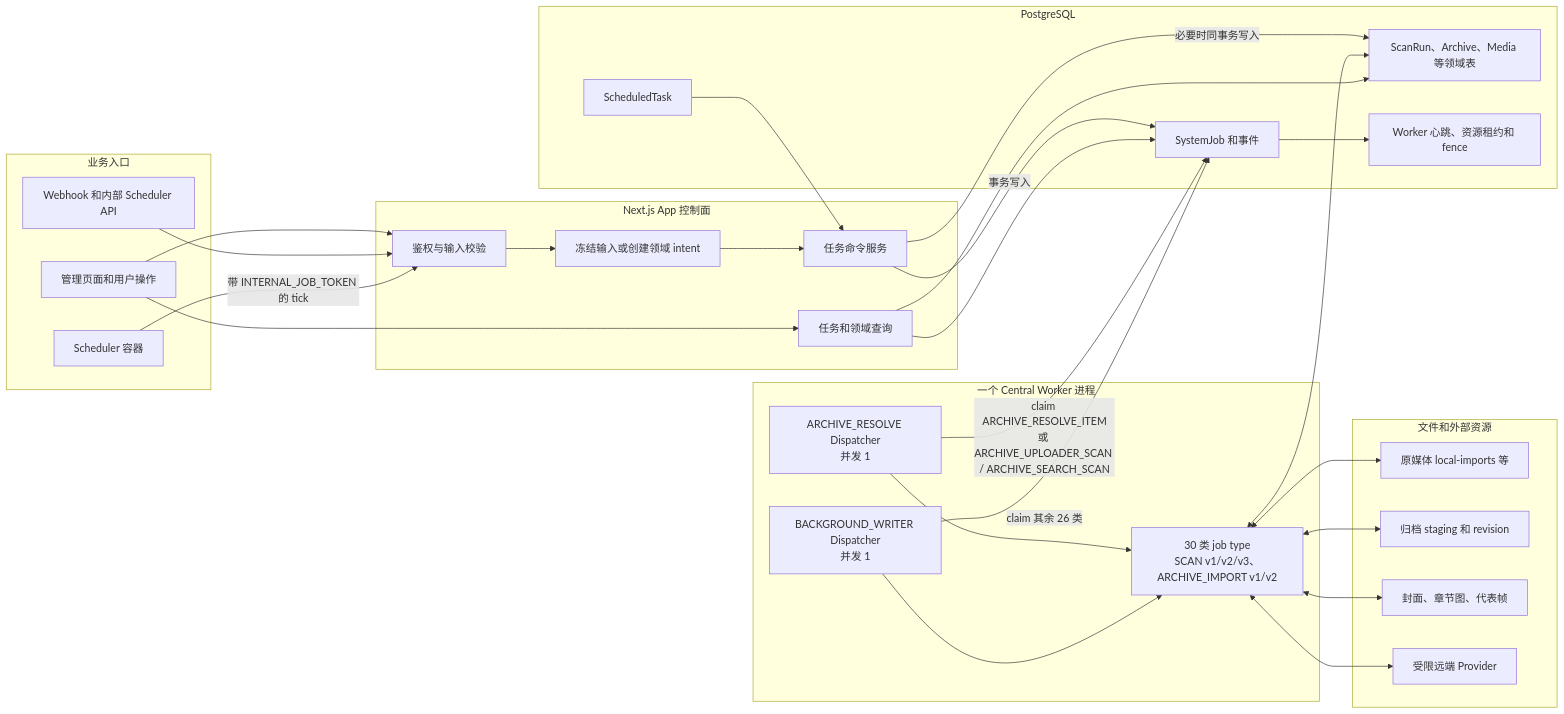
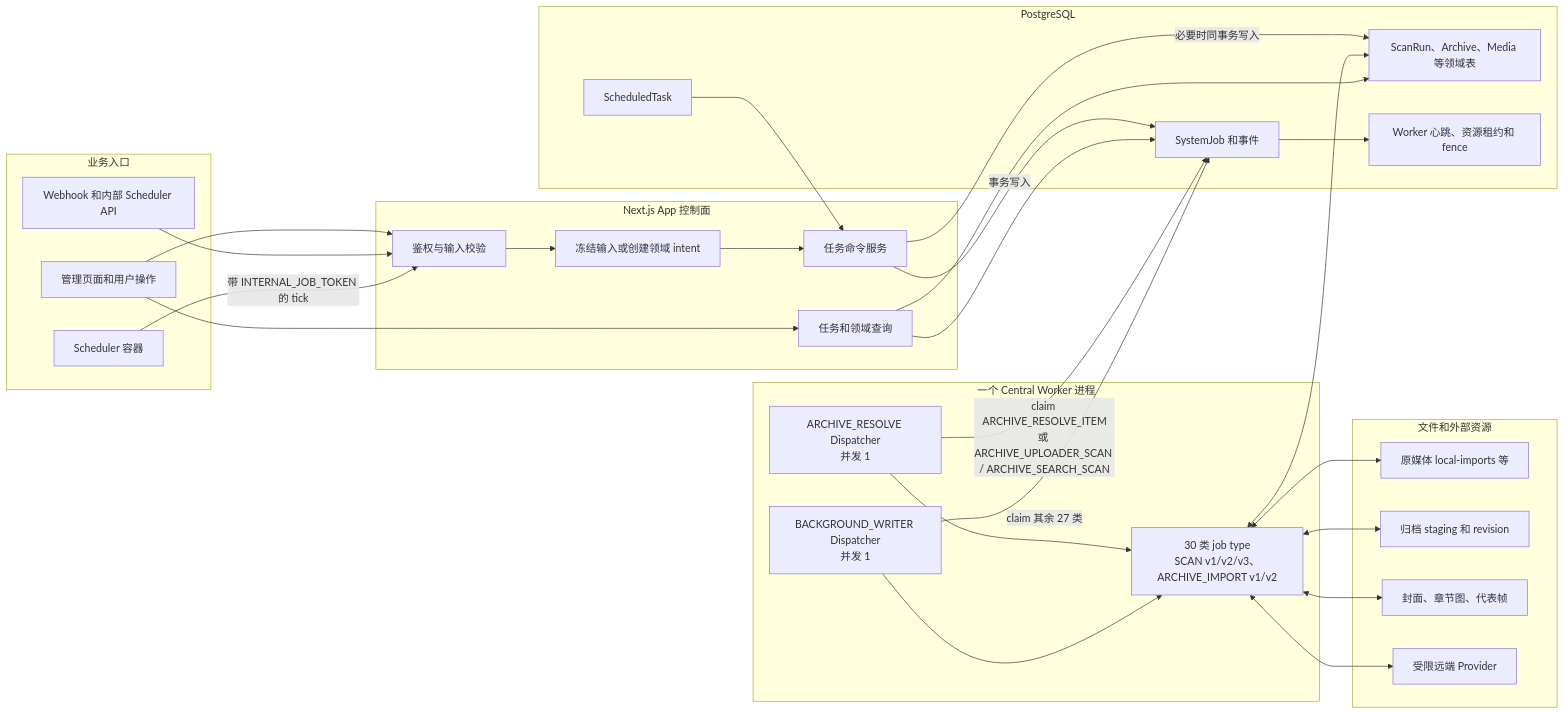
One commit to namehu/PixiShelf changed the first of 12 diagrams in docs/architecture/background-job-business-flows.md. Above: the diagram before and after it, drawn with Mermaid. The commit also changed other lines of this file and 43 other files, not shown here.

````diff
--- a/docs/architecture/background-job-business-flows.md
+++ b/docs/architecture/background-job-business-flows.md
@@ -50,56 +50,56 @@
 ```mermaid
 flowchart LR
   subgraph Entry[业务入口]
     UI[管理页面和用户操作]
     API[Webhook 和内部 Scheduler API]
     SCH[Scheduler 容器]
   end
 
   subgraph App[Next.js App 控制面]
     AUTH[鉴权与输入校验]
     SNAP[冻结输入或创建领域 intent]
     CMD[任务命令服务]
     READ[任务和领域查询]
   end
 
   subgraph DB[PostgreSQL]
     TASK[ScheduledTask]
     JOB[SystemJob 和事件]
     DOMAIN[ScanRun、Archive、Media 等领域表]
     LEASE[Worker 心跳、资源租约和 fence]
   end
 
   subgraph Worker[一个 Central Worker 进程]
     RESOLVE[ARCHIVE_RESOLVE Dispatcher\n并发 1]
     WRITER[BACKGROUND_WRITER Dispatcher\n并发 1]
     EXEC[30 类 job type\nSCAN v1/v2/v3、ARCHIVE_IMPORT v1/v2]
   end
 
   subgraph Storage[文件和外部资源]
     SOURCE[原媒体 local-imports 等]
     ARCHIVE[归档 staging 和 revision]
     DERIVED[封面、章节图、代表帧]
     REMOTE[受限远端 Provider]
   end
 
   UI --> AUTH
   API --> AUTH
   SCH -->|带 INTERNAL_JOB_TOKEN 的 tick| AUTH
   AUTH --> SNAP --> CMD
   TASK --> CMD
   CMD -->|事务写入| JOB
   CMD -->|必要时同事务写入| DOMAIN
   RESOLVE -->|claim ARCHIVE_RESOLVE_ITEM\n或 ARCHIVE_UPLOADER_SCAN / ARCHIVE_SEARCH_SCAN| JOB
-  WRITER -->|claim 其余 26 类| JOB
+  WRITER -->|claim 其余 27 类| JOB
   JOB --> LEASE
   RESOLVE --> EXEC
   WRITER --> EXEC
   EXEC <--> DOMAIN
   EXEC <--> SOURCE
   EXEC <--> ARCHIVE
   EXEC <--> DERIVED
   EXEC <--> REMOTE
   READ --> JOB
   READ --> DOMAIN
   UI --> READ
 ```
````
